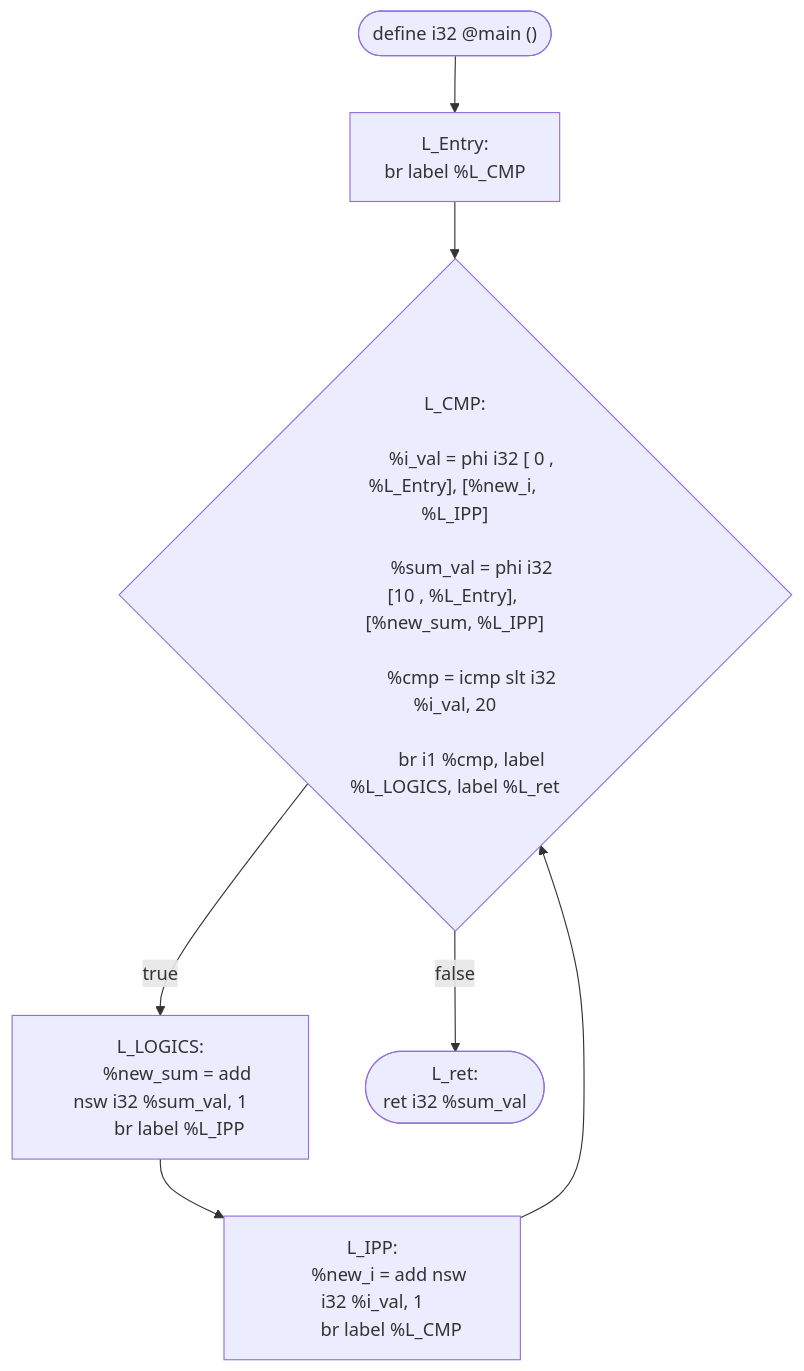
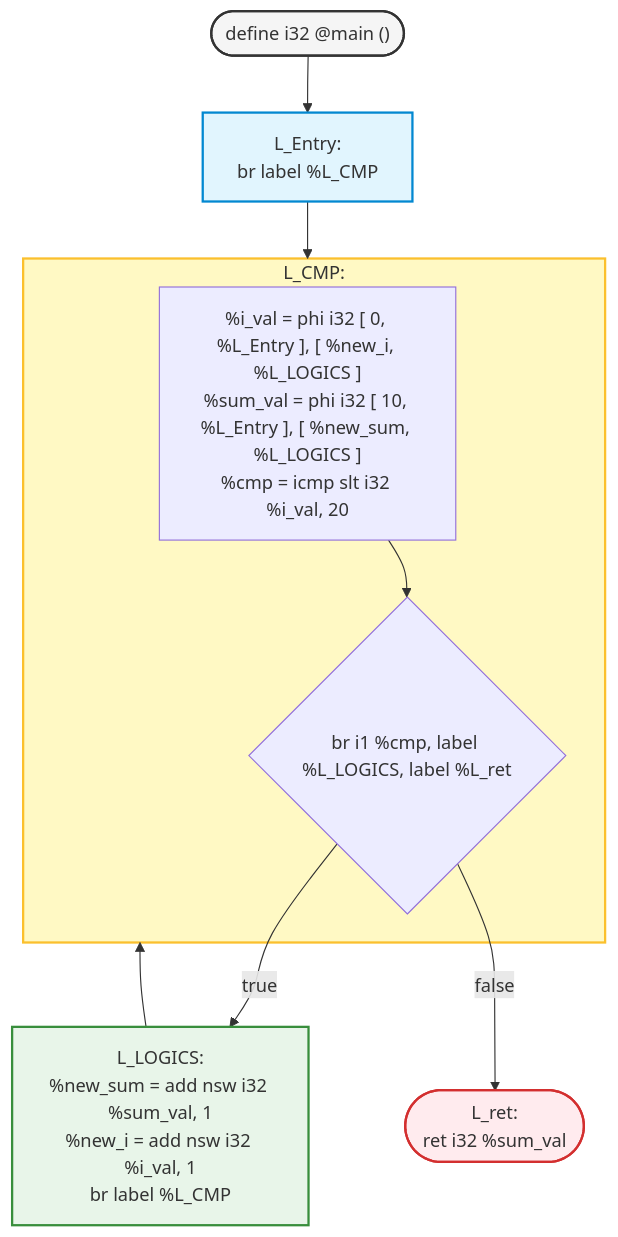
Before and after one commit to botszhuang/digital_garden: the third of 3 diagrams in llvm_test/5_simple_cpp_4_for/readme.md, drawn with Mermaid. The commit also changed other lines of this file and 5 other files, not shown here.

````diff
--- a/llvm_test/5_simple_cpp_4_for/readme.md
+++ b/llvm_test/5_simple_cpp_4_for/readme.md
@@ -127,38 +192,38 @@
 ```mermaid
 graph TD
+    %% 定義節點與內文（移至最上方以確保相容性）
+
     MAIN(["define i32 @main ()"])
-    
+
     ENTRY["L_Entry:<br/>br label %L_CMP"]
 
-    CMP{"L_CMP:
+    CMP_PHI["%i_val = phi i32 [ 0, %L_Entry ], [ %new_i, %L_LOGICS ]<br/>%sum_val = phi i32 [ 10, %L_Entry ], [ %new_sum, %L_LOGICS ]<br/>%cmp = icmp slt i32 %i_val, 20"]
+    CMP_BR{"br i1 %cmp, label %L_LOGICS, label %L_ret"}
+
+    LOGICS["L_LOGICS:<br/>%new_sum = add nsw i32 %sum_val, 1<br/>%new_i = add nsw i32 %i_val, 1<br/>br label %L_CMP"]
+
+    RET(["L_ret:<br/>ret i32 %sum_val"])
+
+    %% 節點樣式定義
+    style MAIN fill:#f5f5f5,stroke:#333,stroke-width:2px;
+    style ENTRY fill:#e1f5fe,stroke:#0288d1,stroke-width:2px;
+    style L_CMP_BB fill:#fff9c4,stroke:#fbc02d,stroke-width:2px;
+    style LOGICS fill:#e8f5e9,stroke:#388e3c,stroke-width:2px;
+    style RET fill:#ffebee,stroke:#d32f2f,stroke-width:2px;
+
+    %% 建立子圖（內部只放乾淨的節點與基礎箭頭）
+    subgraph L_CMP_BB [L_CMP:]
+        CMP_PHI --> CMP_BR
+    end
+
+    %% 控制流拓撲連接
+    MAIN --> ENTRY 
+    ENTRY --> L_CMP_BB
     
-        %i_val = phi i32 [ 0 , %L_Entry], [%new_i, %L_IPP]
-
-        %sum_val = phi i32 [10 , %L_Entry], [%new_sum, %L_IPP]
-        
-        %cmp = icmp slt i32 %i_val, 20
-        
-        br i1 %cmp, label %L_LOGICS, label %L_ret"
-    }
-
-    LOGICS["L_LOGICS:
-        %new_sum = add nsw i32 %sum_val, 1
-        br label %L_IPP"
-    ]
+    %% 由條件跳轉指令射出 true / false 分支
+    CMP_BR --> |true| LOGICS
+    CMP_BR --> |false| RET
     
-    IPP["L_IPP:
-        %new_i = add nsw i32 %i_val, 1
-        br label %L_CMP"
-    ]
-
-    RET(["L_ret:
-        ret i32 %sum_val"
-    ])
-
-    MAIN --> ENTRY 
-    ENTRY --> CMP
-    CMP --> |true| LOGICS
-    LOGICS --> IPP
-    IPP --> CMP
-    CMP --> |false| RET
+    %% 迴圈本體執行完後，無條件跳回 L_CMP
+    LOGICS --> L_CMP_BB
 ```
````
